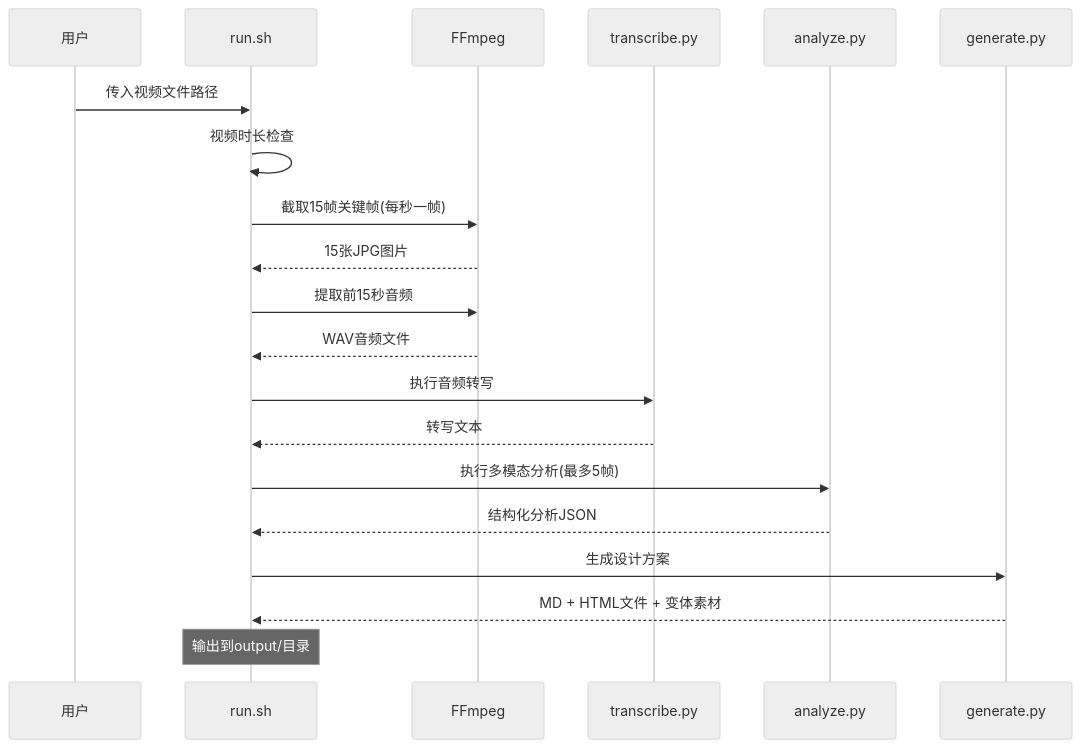
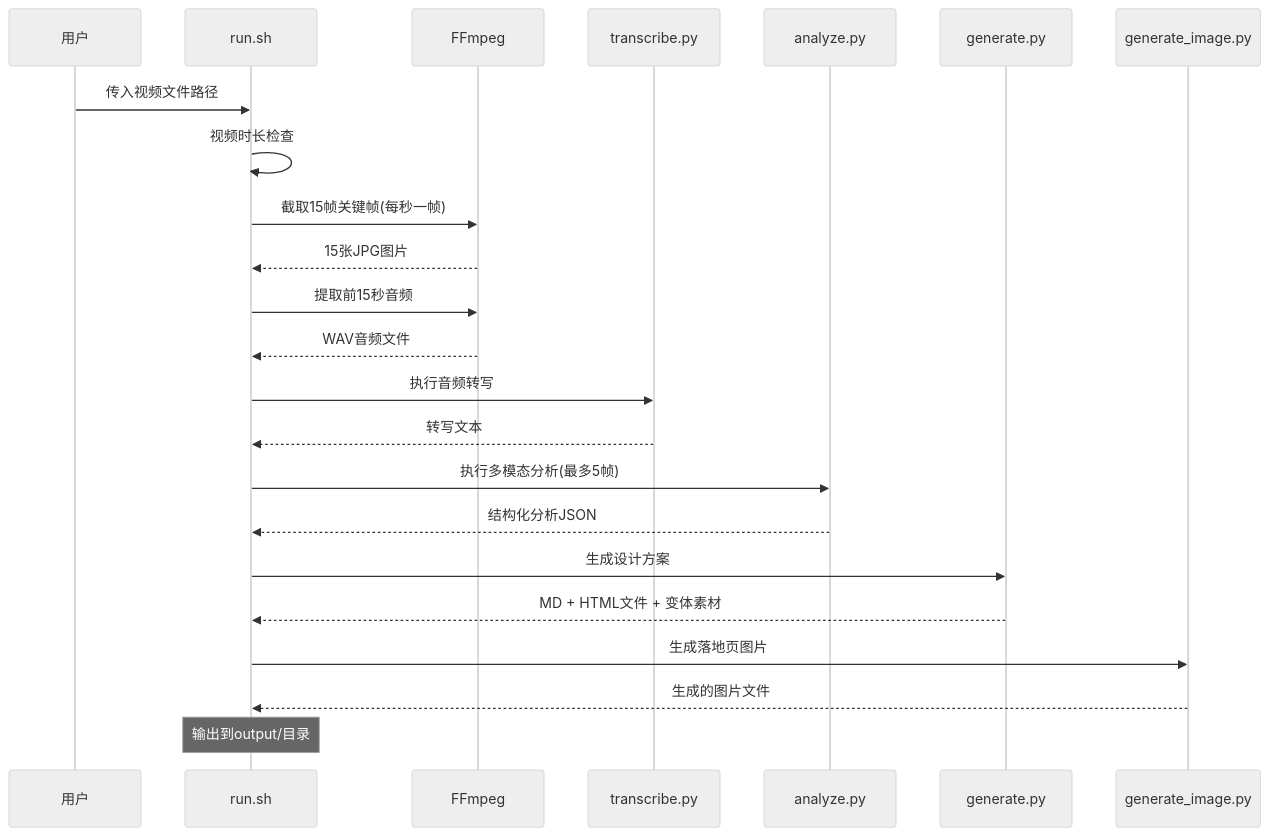
One commit to WongMingJiu/landingpage-test-hero-page changed the second of 11 diagrams in .qoder/repowiki/zh/content/配置和定制/配置和定制.md. Above: the diagram before and after it, drawn with Mermaid (neutral theme). The commit also changed other lines of this file and 6 other files, not shown here.

First line of the commit message:
feat: 品牌logo固定素材 + 双参考图生图 + 输出平铺结构

````diff
--- a/.qoder/repowiki/zh/content/配置和定制/配置和定制.md
+++ b/.qoder/repowiki/zh/content/配置和定制/配置和定制.md
@@ -122,22 +133,25 @@
 ```mermaid
 sequenceDiagram
 participant User as 用户
 participant Run as run.sh
 participant FFmpeg as FFmpeg
 participant Transcribe as transcribe.py
 participant Analyze as analyze.py
 participant Generate as generate.py
+participant GenerateImage as generate_image.py
 User->>Run : 传入视频文件路径
 Run->>Run : 视频时长检查
 Run->>FFmpeg : 截取15帧关键帧(每秒一帧)
 FFmpeg-->>Run : 15张JPG图片
 Run->>FFmpeg : 提取前15秒音频
 FFmpeg-->>Run : WAV音频文件
 Run->>Transcribe : 执行音频转写
 Transcribe-->>Run : 转写文本
 Run->>Analyze : 执行多模态分析(最多5帧)
 Analyze-->>Run : 结构化分析JSON
 Run->>Generate : 生成设计方案
 Generate-->>Run : MD + HTML文件 + 变体素材
+Run->>GenerateImage : 生成落地页图片
+GenerateImage-->>Run : 生成的图片文件
 Note over Run : 输出到output/目录
 ```
````
